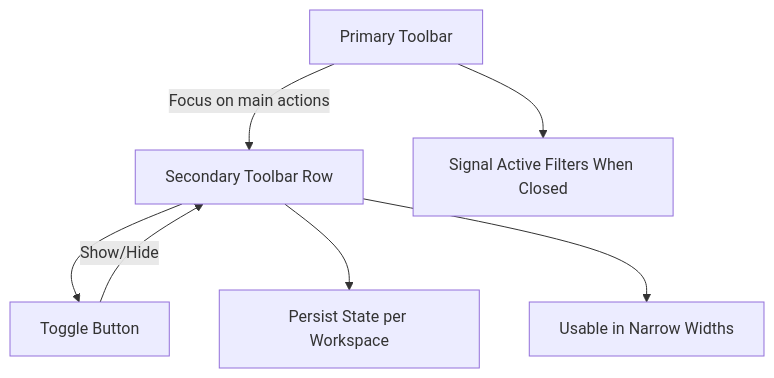
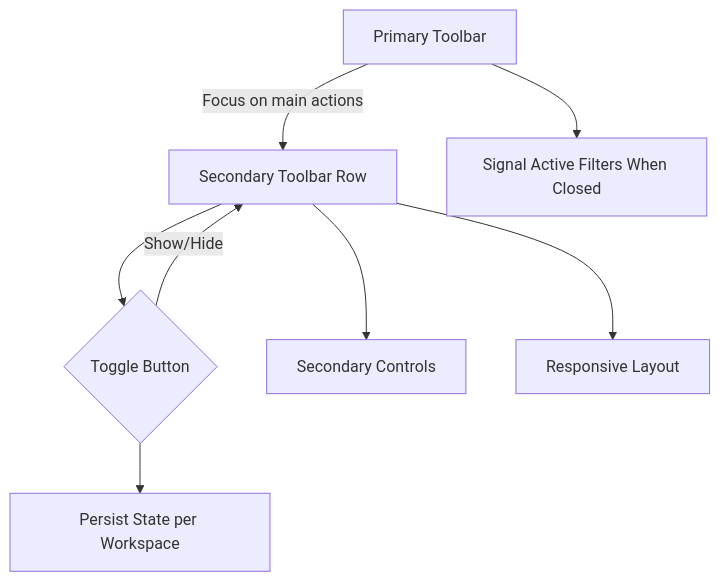
The diagram in logics/request/req_045_move_secondary_view_controls_into_a_toggleable_second_toolbar_row.md (AlexAgo83/logics-manager), drawn with Mermaid before and after one commit. The commit also changed 50 other files, not shown here.

````diff
--- a/logics/request/req_045_move_secondary_view_controls_into_a_toggleable_second_toolbar_row.md
+++ b/logics/request/req_045_move_secondary_view_controls_into_a_toggleable_second_toolbar_row.md
@@ -10,11 +10,12 @@
 ```mermaid
 %% logics-kind: request
 %% logics-signature: request|move-secondary-view-controls-into-a-togg|reduce-the-visual-clutter-and-interactio|ac1-the-plugin-exposes-a-primary
 flowchart TD
     A[Primary Toolbar] -->|Focus on main actions| B[Secondary Toolbar Row]
-    B --> C[Toggle Button]
+    B --> C{Toggle Button}
     C -->|Show/Hide| B
-    B --> D[Persist State per Workspace]
-    B --> E[Usable in Narrow Widths]
+    B --> D[Secondary Controls]
+    C --> E[Persist State per Workspace]
     A --> F[Signal Active Filters When Closed]
+    B --> G[Responsive Layout]
 ```
````
